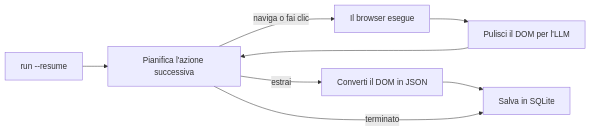
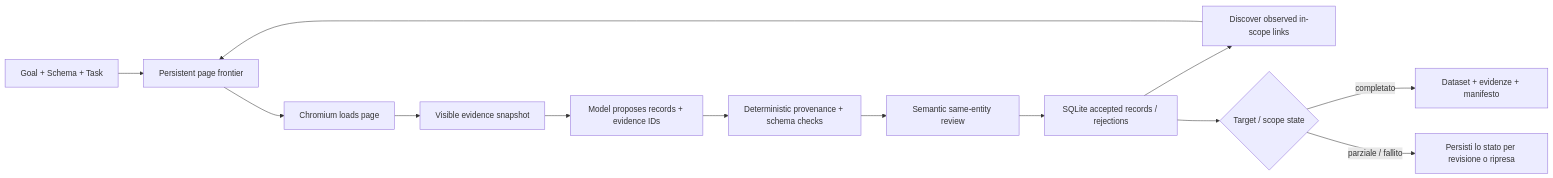
The diagram in .github/readme/README.it.md (EmanueleTorrisi/verboisy), drawn with Mermaid before and after one commit. The commit also changed other lines of this file, not shown here.

````diff
--- a/.github/readme/README.it.md
+++ b/.github/readme/README.it.md
@@ -191,10 +168,15 @@
 ```mermaid
 flowchart LR
-    F[run --resume] --> A
-    A[Pianifica l'azione successiva] -->|naviga o fai clic| B[Il browser esegue]
-    A -->|estrai| C[Converti il DOM in JSON]
-    B --> D[Pulisci il DOM per l'LLM]
-    D --> A
-    C --> E[Salva in SQLite]
-    A -->|terminato| E
+    A[Goal + Schema + Task] --> B[Persistent page frontier]
+    B --> C[Chromium loads page]
+    C --> D[Visible evidence snapshot]
+    D --> E[Model proposes records + evidence IDs]
+    E --> F[Deterministic provenance + schema checks]
+    F --> G[Semantic same-entity review]
+    G --> H[SQLite accepted records / rejections]
+    H --> I[Discover observed in-scope links]
+    I --> B
+    H --> J{Target / scope state}
+    J -->|completato| K[Dataset + evidenze + manifesto]
+    J -->|parziale / fallito| L[Persisti lo stato per revisione o ripresa]
 ```
````
